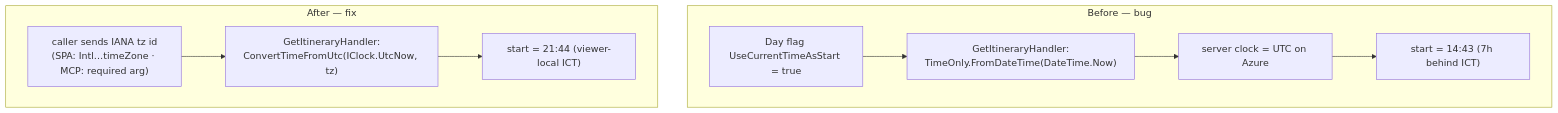
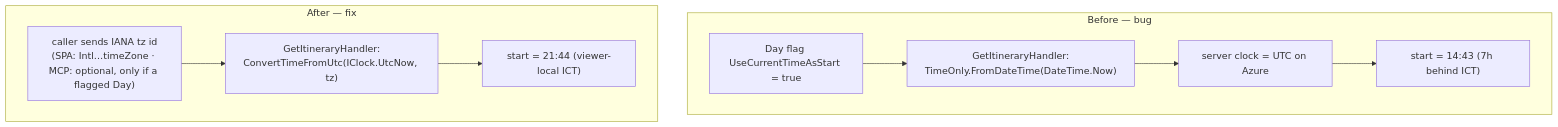
The first of 2 diagrams in docs/superpowers/specs/2026-07-11-current-time-start-timezone-fix-design.md (ThodsaphonSonthiphin/MenuNest), drawn with Mermaid before and after one commit. The commit also changed other lines of this file, not shown here.

````diff
--- a/docs/superpowers/specs/2026-07-11-current-time-start-timezone-fix-design.md
+++ b/docs/superpowers/specs/2026-07-11-current-time-start-timezone-fix-design.md
@@ -18,12 +18,12 @@
 ```mermaid
 flowchart TD
     subgraph Before["Before — bug"]
       B1["Day flag UseCurrentTimeAsStart = true"] --> B2["GetItineraryHandler:<br/>TimeOnly.FromDateTime(DateTime.Now)"]
       B2 --> B3["server clock = UTC on Azure"]
       B3 --> B4["start = 14:43 (7h behind ICT)"]
     end
     subgraph After["After — fix"]
-      A1["caller sends IANA tz id<br/>(SPA: Intl…timeZone · MCP: required arg)"] --> A2["GetItineraryHandler:<br/>ConvertTimeFromUtc(IClock.UtcNow, tz)"]
+      A1["caller sends IANA tz id<br/>(SPA: Intl…timeZone · MCP: optional, only if a flagged Day)"] --> A2["GetItineraryHandler:<br/>ConvertTimeFromUtc(IClock.UtcNow, tz)"]
       A2 --> A3["start = 21:44 (viewer-local ICT)"]
     end
 ```
````
